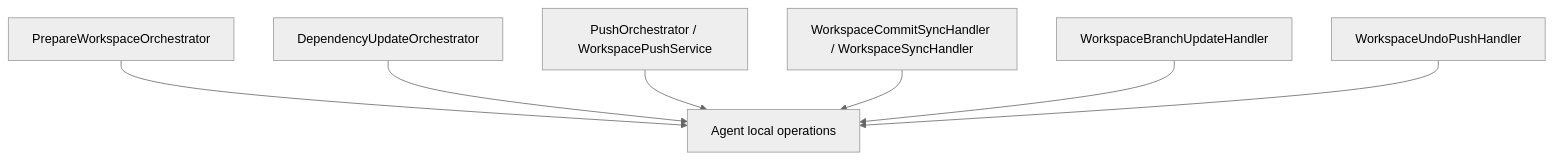
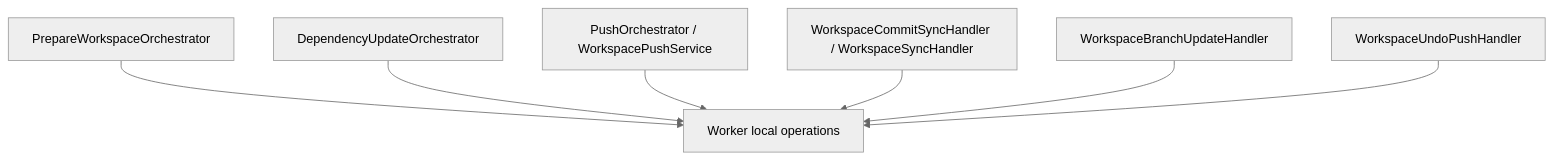
Before and after one commit to Jandini/GrayMoon: the second of 2 diagrams in docs/architecture/02-system-architecture.md, drawn with Mermaid (neutral theme). The commit also changed other lines of this file and 774 other files, not shown here.

Commit message:
Rename agent to worker (#383)

````diff
--- a/docs/architecture/02-system-architecture.md
+++ b/docs/architecture/02-system-architecture.md
@@ -371,15 +371,15 @@
 ```mermaid
 flowchart TB
   Prep["PrepareWorkspaceOrchestrator"]
   Dep["DependencyUpdateOrchestrator"]
   Push["PushOrchestrator / WorkspacePushService"]
   Sync["WorkspaceCommitSyncHandler / WorkspaceSyncHandler"]
   Branch["WorkspaceBranchUpdateHandler"]
   Undo["WorkspaceUndoPushHandler"]
-  Prep --> AgentOps["Agent local operations"]
-  Dep --> AgentOps
-  Push --> AgentOps
-  Sync --> AgentOps
-  Branch --> AgentOps
-  Undo --> AgentOps
+  Prep --> WorkerOps["Worker local operations"]
+  Dep --> WorkerOps
+  Push --> WorkerOps
+  Sync --> WorkerOps
+  Branch --> WorkerOps
+  Undo --> WorkerOps
 ```
````
